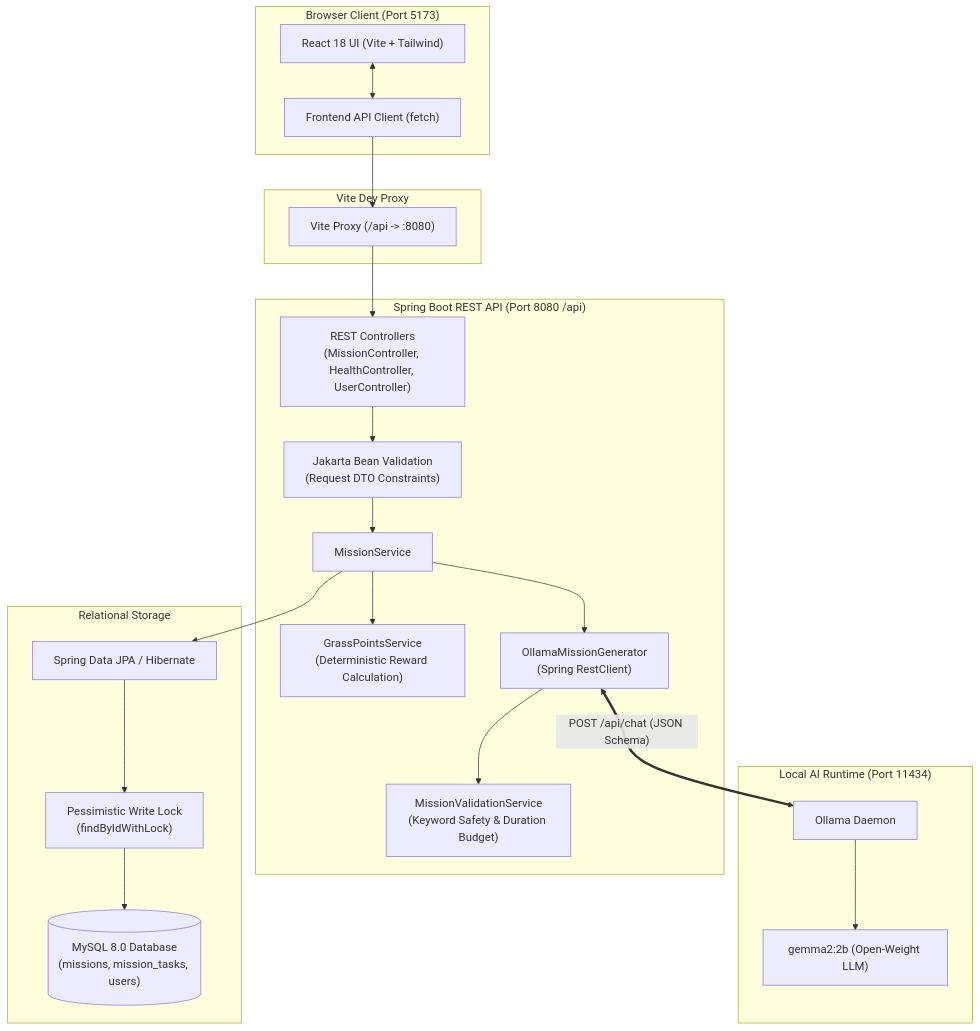
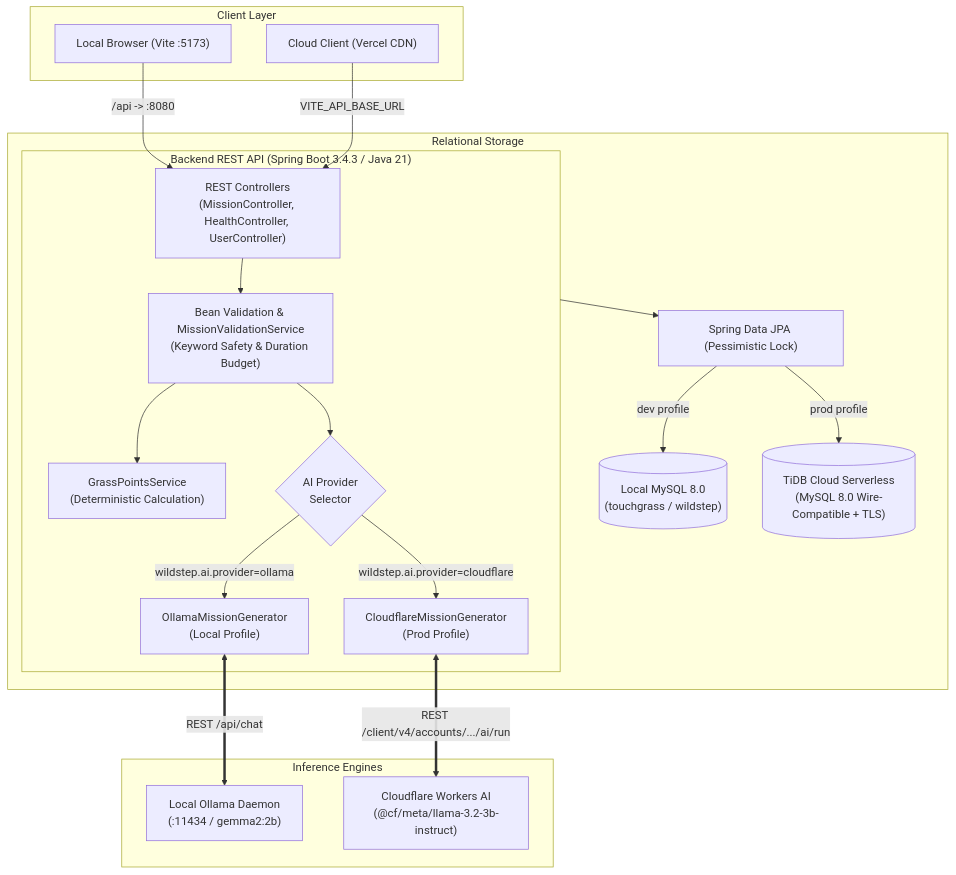
The diagram in README.md (pushptandekar24-glitch/touchgrass), drawn with Mermaid before and after one commit. The commit also changed other lines of this file and 15 other files, not shown here.

````diff
--- a/README.md
+++ b/README.md
@@ -165,48 +166,43 @@
 ```mermaid
 flowchart TD
-    subgraph Client ["Browser Client (Port 5173)"]
-        UI["React 18 UI (Vite + Tailwind)"]
-        APIClient["Frontend API Client (fetch)"]
-        UI <--> APIClient
+    subgraph ClientLayer ["Client Layer"]
+        LocalBrowser["Local Browser (Vite :5173)"]
+        CloudBrowser["Cloud Client (Vercel CDN)"]
     end
 
-    subgraph Proxy ["Vite Dev Proxy"]
-        ViteProxy["Vite Proxy (/api -> :8080)"]
-        APIClient --> ViteProxy
+    subgraph BackendLayer ["Backend REST API (Spring Boot 3.4.3 / Java 21)"]
+        Controllers["REST Controllers\n(MissionController, HealthController, UserController)"]
+        Validation["Bean Validation & MissionValidationService\n(Keyword Safety & Duration Budget)"]
+        Points["GrassPointsService\n(Deterministic Calculation)"]
+        
+        AIProviderSelector{"AI Provider\nSelector"}
+        OllamaProvider["OllamaMissionGenerator\n(Local Profile)"]
+        CloudflareProvider["CloudflareMissionGenerator\n(Prod Profile)"]
+
+        Controllers --> Validation
+        Validation --> AIProviderSelector
+        AIProviderSelector -->|wildstep.ai.provider=ollama| OllamaProvider
+        AIProviderSelector -->|wildstep.ai.provider=cloudflare| CloudflareProvider
+        Validation --> Points
     end
 
-    subgraph Backend ["Spring Boot REST API (Port 8080 /api)"]
-        Controllers["REST Controllers\n(MissionController, HealthController, UserController)"]
-        ValidationDTO["Jakarta Bean Validation\n(Request DTO Constraints)"]
-
-        MissionSvc["MissionService"]
-        ValSvc["MissionValidationService\n(Keyword Safety & Duration Budget)"]
-        PointsSvc["GrassPointsService\n(Deterministic Reward Calculation)"]
-
-        OllamaGen["OllamaMissionGenerator\n(Spring RestClient)"]
-
-        ViteProxy --> Controllers
-        Controllers --> ValidationDTO
-        ValidationDTO --> MissionSvc
-        MissionSvc --> OllamaGen
-        OllamaGen --> ValSvc
-        MissionSvc --> PointsSvc
+    subgraph InferenceLayer ["Inference Engines"]
+        OllamaDaemon["Local Ollama Daemon\n(:11434 / gemma2:2b)"]
+        CloudflareAI["Cloudflare Workers AI\n(@cf/meta/llama-3.2-3b-instruct)"]
+        OllamaProvider <== "REST /api/chat" ==> OllamaDaemon
+        CloudflareProvider <== "REST /client/v4/accounts/.../ai/run" ==> CloudflareAI
     end
 
-    subgraph AI ["Local AI Runtime (Port 11434)"]
-        OllamaServer["Ollama Daemon"]
-        Model["gemma2:2b (Open-Weight LLM)"]
-        OllamaGen <== "POST /api/chat (JSON Schema)" ==> OllamaServer
-        OllamaServer --> Model
+    subgraph StorageLayer ["Relational Storage"]
+        JPA["Spring Data JPA (Pessimistic Lock)"]
+        LocalDB[("Local MySQL 8.0\n(touchgrass / wildstep)")]
+        CloudDB[("TiDB Cloud Serverless\n(MySQL 8.0 Wire-Compatible + TLS)")]
+
+        BackendLayer --> JPA
+        JPA -->|dev profile| LocalDB
+        JPA -->|prod profile| CloudDB
     end
 
-    subgraph Storage ["Relational Storage"]
-        JPA["Spring Data JPA / Hibernate"]
-        PessimisticLock["Pessimistic Write Lock\n(findByIdWithLock)"]
-        MySQL[("MySQL 8.0 Database\n(missions, mission_tasks, users)")]
-
-        MissionSvc --> JPA
-        JPA --> PessimisticLock
-        PessimisticLock --> MySQL
-    end
+    LocalBrowser -->|/api -> :8080| Controllers
+    CloudBrowser -->|VITE_API_BASE_URL| Controllers
 ```
````
